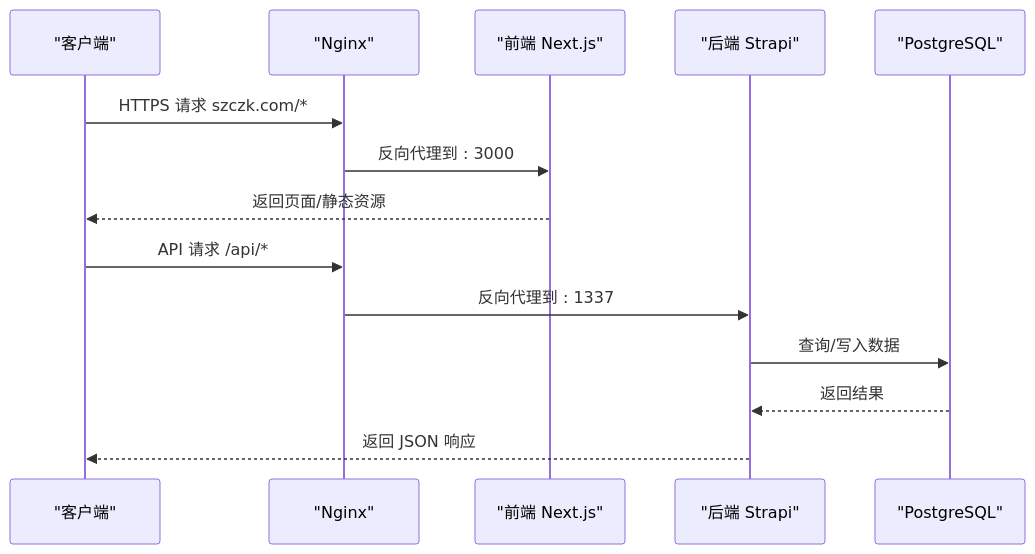
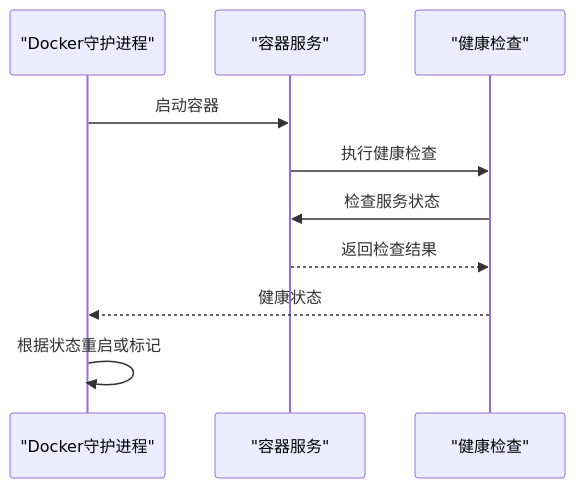
The second of 7 diagrams in .qoder/repowiki/zh/content/部署和运维/监控运维/监控运维.md (Will0253/zczk), drawn with Mermaid before and after one commit. The commit also changed other lines of this file and 13 other files, not shown here.

````diff
--- a/.qoder/repowiki/zh/content/部署和运维/监控运维/监控运维.md
+++ b/.qoder/repowiki/zh/content/部署和运维/监控运维/监控运维.md
@@ -93,16 +91,12 @@
 ```mermaid
 sequenceDiagram
-participant C as "客户端"
-participant N as "Nginx"
-participant F as "前端 Next.js"
-participant S as "后端 Strapi"
-participant D as "PostgreSQL"
-C->>N : HTTPS 请求 szczk.com/*
-N->>F : 反向代理到 : 3000
-F-->>C : 返回页面/静态资源
-C->>N : API 请求 /api/*
-N->>S : 反向代理到 : 1337
-S->>D : 查询/写入数据
-D-->>S : 返回结果
-S-->>C : 返回 JSON 响应
+participant Docker as "Docker守护进程"
+participant Service as "容器服务"
+participant HealthCheck as "健康检查"
+Docker->>Service : 启动容器
+Service->>HealthCheck : 执行健康检查
+HealthCheck->>Service : 检查服务状态
+Service-->>HealthCheck : 返回检查结果
+HealthCheck-->>Docker : 健康状态
+Docker->>Docker : 根据状态重启或标记
 ```
````
